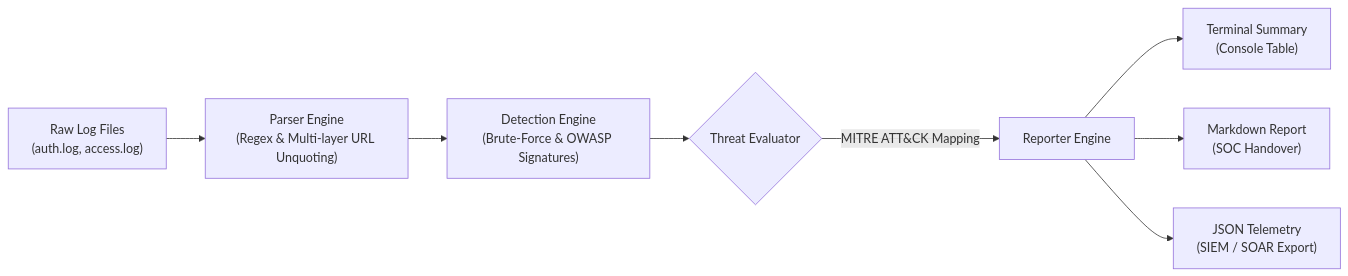
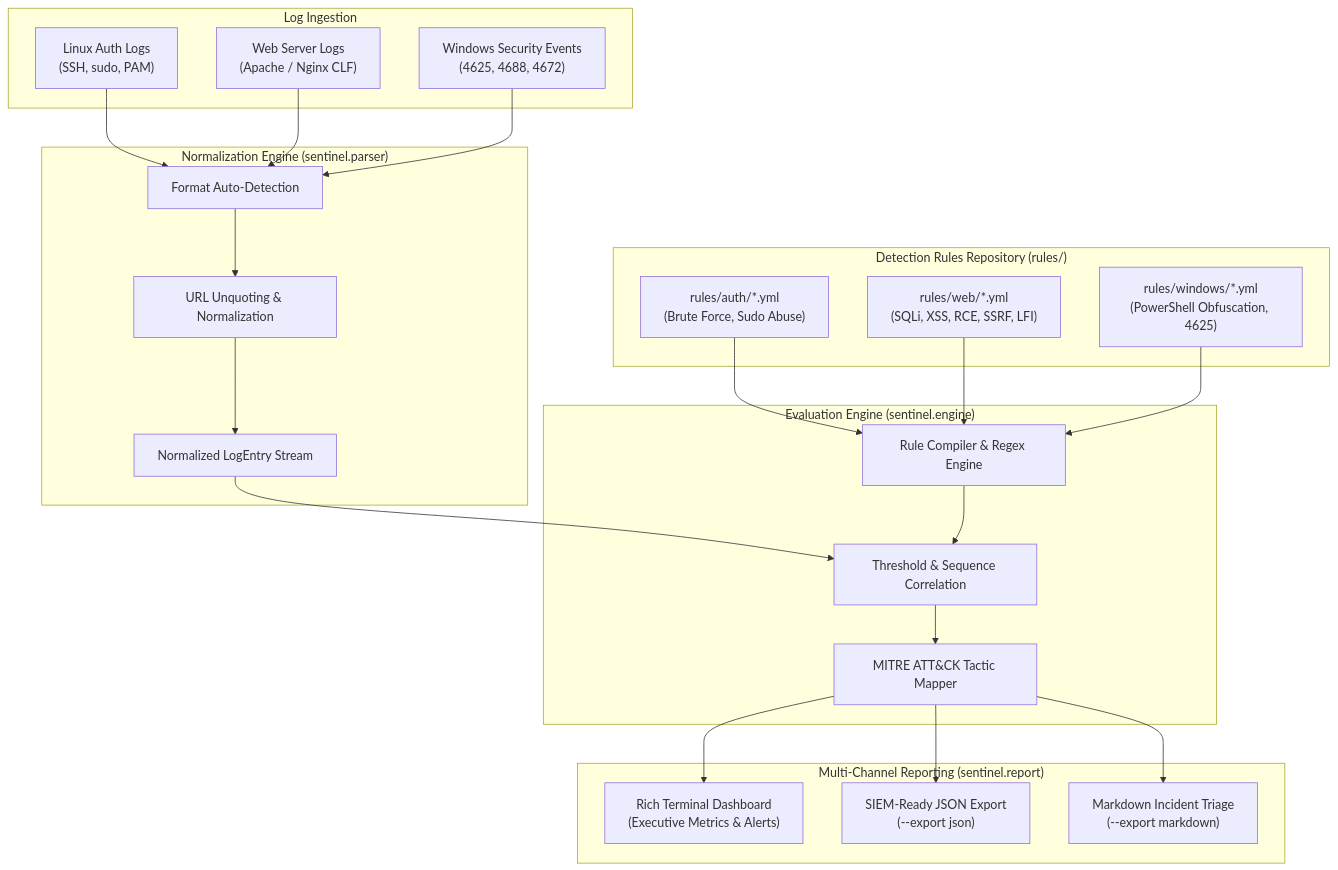
The diagram in README.md (hsan001/soc-log-sentinel), drawn with Mermaid before and after one commit. The commit also changed other lines of this file and 37 other files, not shown here.

Commit message:
feat(sentinel): release v2.0.0 enterprise detection engineering toolkit with Sigma YAML rules, multi-source ingestion, and MITRE ATT&CK alignment

````diff
--- a/README.md
+++ b/README.md
@@ -36,10 +56,45 @@
 ```mermaid
-flowchart LR
-    A["Raw Log Files<br/>(auth.log, access.log)"] --> B["Parser Engine<br/>(Regex & Multi-layer URL Unquoting)"]
-    B --> C["Detection Engine<br/>(Brute-Force & OWASP Signatures)"]
-    C --> D{"Threat Evaluator"}
-    D -->|MITRE ATT&CK Mapping| E["Reporter Engine"]
-    E --> F["Terminal Summary<br/>(Console Table)"]
-    E --> G["Markdown Report<br/>(SOC Handover)"]
-    E --> H["JSON Telemetry<br/>(SIEM / SOAR Export)"]
+flowchart TD
+    subgraph Ingestion ["Log Ingestion"]
+        L1["Linux Auth Logs<br/>(SSH, sudo, PAM)"]
+        L2["Web Server Logs<br/>(Apache / Nginx CLF)"]
+        L3["Windows Security Events<br/>(4625, 4688, 4672)"]
+    end
+
+    subgraph Parser ["Normalization Engine (sentinel.parser)"]
+        P1["Format Auto-Detection"]
+        P2["URL Unquoting & Normalization"]
+        P3["Normalized LogEntry Stream"]
+        L1 --> P1
+        L2 --> P1
+        L3 --> P1
+        P1 --> P2 --> P3
+    end
+
+    subgraph Rules ["Detection Rules Repository (rules/)"]
+        R1["rules/auth/*.yml<br/>(Brute Force, Sudo Abuse)"]
+        R2["rules/web/*.yml<br/>(SQLi, XSS, RCE, SSRF, LFI)"]
+        R3["rules/windows/*.yml<br/>(PowerShell Obfuscation, 4625)"]
+    end
+
+    subgraph Engine ["Evaluation Engine (sentinel.engine)"]
+        E1["Rule Compiler & Regex Engine"]
+        E2["Threshold & Sequence Correlation"]
+        E3["MITRE ATT&CK Tactic Mapper"]
+        R1 --> E1
+        R2 --> E1
+        R3 --> E1
+        P3 --> E2
+        E1 --> E2
+        E2 --> E3
+    end
+
+    subgraph Output ["Multi-Channel Reporting (sentinel.report)"]
+        O1["Rich Terminal Dashboard<br/>(Executive Metrics & Alerts)"]
+        O2["SIEM-Ready JSON Export<br/>(--export json)"]
+        O3["Markdown Incident Triage<br/>(--export markdown)"]
+        E3 --> O1
+        E3 --> O2
+        E3 --> O3
+    end
 ```
````
